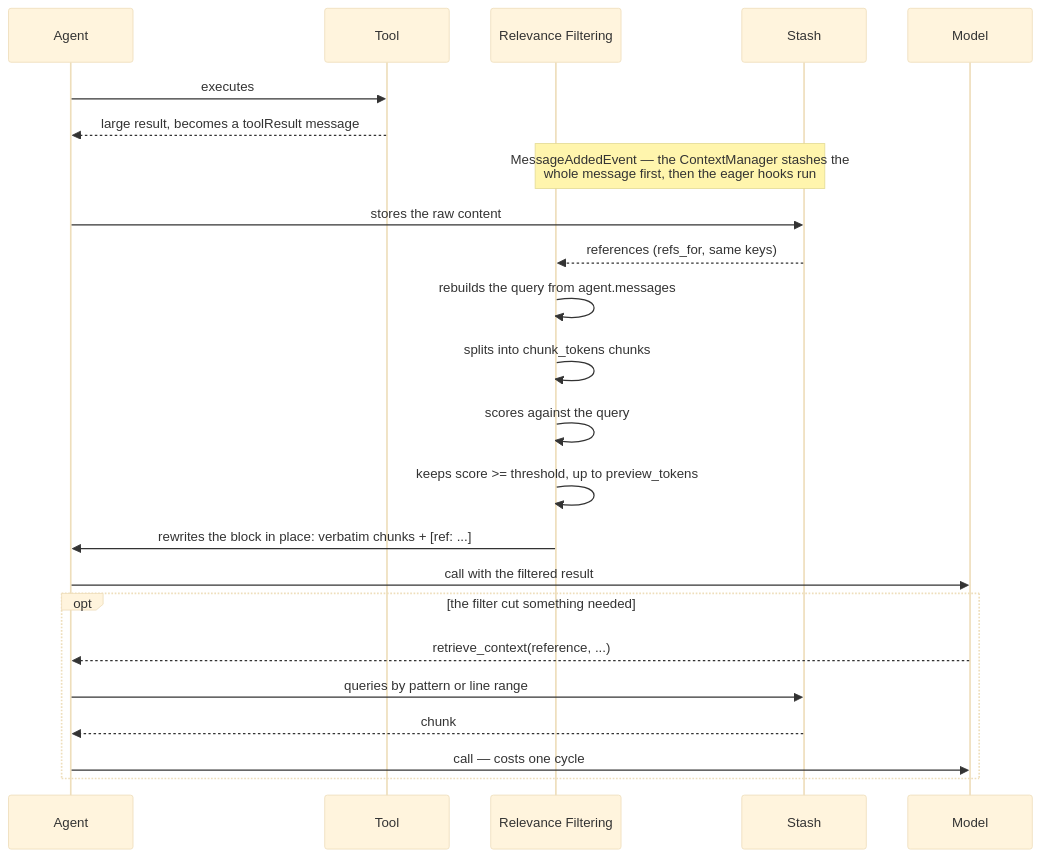
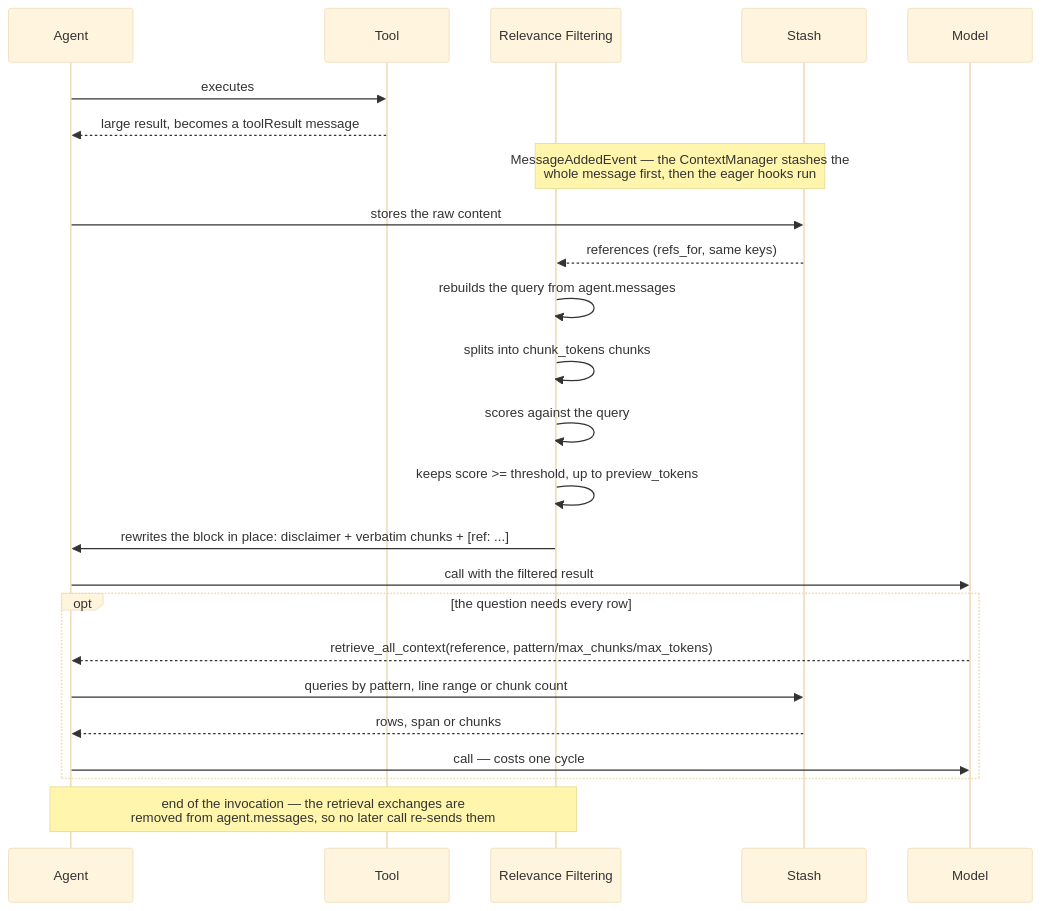
The diagram in docs/design/design-a-relevance-filtering.md (aws-samples/sample-context-engineering), drawn with Mermaid (base theme) before and after one commit. The commit also changed other lines of this file and 11 other files, not shown here.

First line of the commit message:
docs: bring design, sequence and how-to docs to the current code

````diff
--- a/docs/design/design-a-relevance-filtering.md
+++ b/docs/design/design-a-relevance-filtering.md
@@ -127,30 +127,32 @@
 ```mermaid
 sequenceDiagram
     participant AG as Agent
     participant T as Tool
     participant A as Relevance Filtering
     participant S as Stash
     participant M as Model
 
     AG->>T: executes
     T-->>AG: large result, becomes a toolResult message
     Note over A,S: MessageAddedEvent — the ContextManager stashes the<br/>whole message first, then the eager hooks run
 
     AG->>S: stores the raw content
     S-->>A: references (refs_for, same keys)
 
     A->>A: rebuilds the query from agent.messages
     A->>A: splits into chunk_tokens chunks
     A->>A: scores against the query
     A->>A: keeps score >= threshold, up to preview_tokens
 
-    A->>AG: rewrites the block in place: verbatim chunks + [ref: ...]
+    A->>AG: rewrites the block in place: disclaimer + verbatim chunks + [ref: ...]
     AG->>M: call with the filtered result
 
-    opt the filter cut something needed
-        M-->>AG: retrieve_context(reference, ...)
-        AG->>S: queries by pattern or line range
-        S-->>AG: chunk
+    opt the question needs every row
+        M-->>AG: retrieve_all_context(reference, pattern/max_chunks/max_tokens)
+        AG->>S: queries by pattern, line range or chunk count
+        S-->>AG: rows, span or chunks
         AG->>M: call — costs one cycle
     end
+
+    Note over A,AG: end of the invocation — the retrieval exchanges are<br/>removed from agent.messages, so no later call re-sends them
 ```
````
